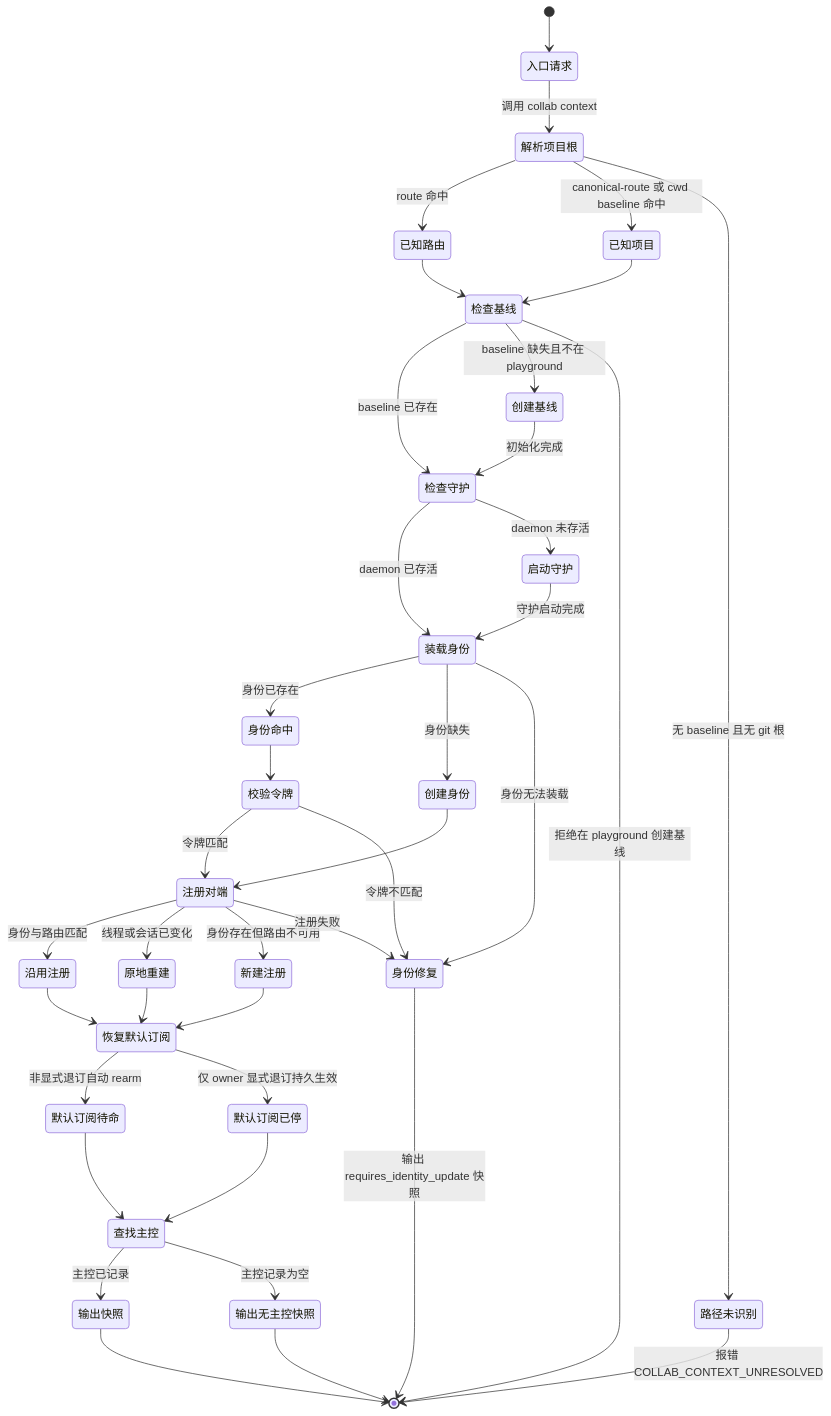
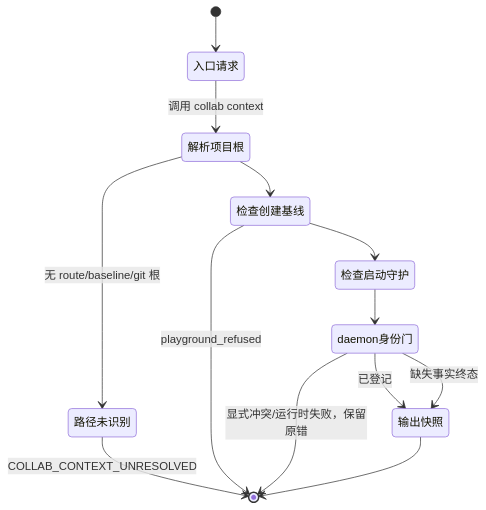
One commit to Jasonzhangf/appsdk changed the first of 2 diagrams in docs/collab-context-state-machine.md. Above: the diagram before and after it, drawn with Mermaid. The commit also changed other lines of this file and 64 other files, not shown here.

Commit message:
refactor(collab): move identity lifecycle into daemon

````diff
--- a/docs/collab-context-state-machine.md
+++ b/docs/collab-context-state-machine.md
@@ -62,41 +54,15 @@
 ```mermaid
 stateDiagram-v2
     [*] --> 入口请求
     入口请求 --> 解析项目根 : 调用 collab context
-    解析项目根 --> 已知路由 : route 命中
-    解析项目根 --> 已知项目 : canonical-route 或 cwd baseline 命中
-    解析项目根 --> 路径未识别 : 无 baseline 且无 git 根
-    路径未识别 --> [*] : 报错 COLLAB_CONTEXT_UNRESOLVED
-    已知路由 --> 检查基线
-    已知项目 --> 检查基线
-    检查基线 --> 检查守护 : baseline 已存在
-    检查基线 --> 创建基线 : baseline 缺失且不在 playground
-    创建基线 --> 检查守护 : 初始化完成
-    检查基线 --> [*] : 拒绝在 playground 创建基线
-    检查守护 --> 装载身份 : daemon 已存活
-    检查守护 --> 启动守护 : daemon 未存活
-    启动守护 --> 装载身份 : 守护启动完成
-    装载身份 --> 身份命中 : 身份已存在
-    装载身份 --> 创建身份 : 身份缺失
-    装载身份 --> 身份修复 : 身份无法装载
-    创建身份 --> 注册对端
-    身份命中 --> 校验令牌
-    校验令牌 --> 注册对端 : 令牌匹配
-    校验令牌 --> 身份修复 : 令牌不匹配
-    注册对端 --> 沿用注册 : 身份与路由匹配
-    注册对端 --> 原地重建 : 线程或会话已变化
-    注册对端 --> 新建注册 : 身份存在但路由不可用
-    注册对端 --> 身份修复 : 注册失败
-    沿用注册 --> 恢复默认订阅
-    原地重建 --> 恢复默认订阅
-    新建注册 --> 恢复默认订阅
-    恢复默认订阅 --> 默认订阅待命 : 非显式退订自动 rearm
-    恢复默认订阅 --> 默认订阅已停 : 仅 owner 显式退订持久生效
-    默认订阅待命 --> 查找主控
-    默认订阅已停 --> 查找主控
-    查找主控 --> 输出快照 : 主控已记录
-    查找主控 --> 输出无主控快照 : 主控记录为空
+    解析项目根 --> 检查创建基线
+    解析项目根 --> 路径未识别 : 无 route/baseline/git 根
+    路径未识别 --> [*] : COLLAB_CONTEXT_UNRESOLVED
+    检查创建基线 --> 检查启动守护
+    检查创建基线 --> [*] : playground_refused
+    检查启动守护 --> daemon身份门
+    daemon身份门 --> 输出快照 : 已登记
+    daemon身份门 --> 输出快照 : 缺失事实终态
+    daemon身份门 --> [*] : 显式冲突/运行时失败，保留原错
     输出快照 --> [*]
-    输出无主控快照 --> [*]
-    身份修复 --> [*] : 输出 requires_identity_update 快照
 ```
````
